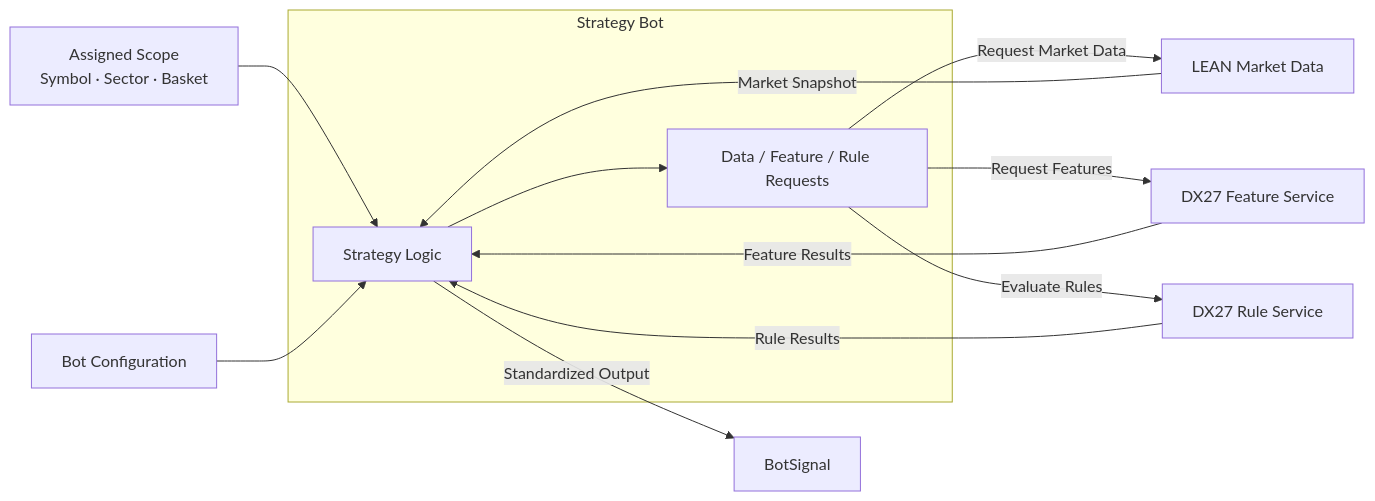
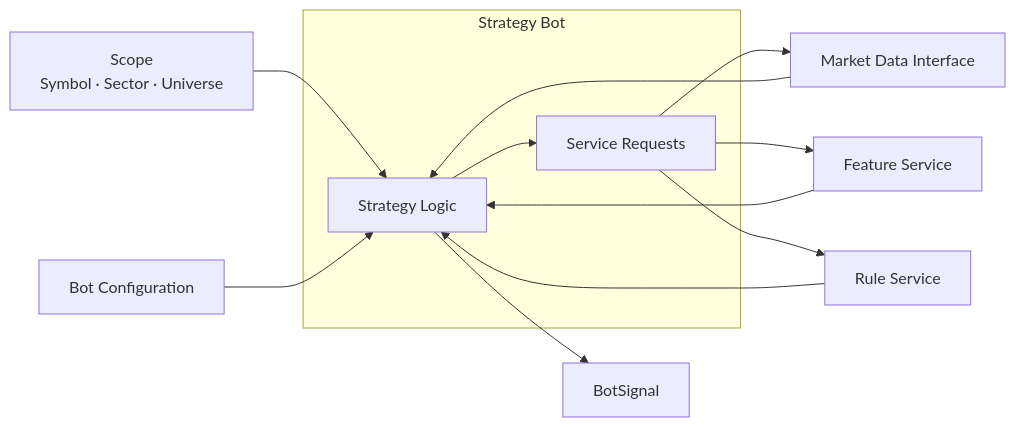
One commit to Daxoniel/DX27-Trading-Engine changed the third of 3 diagrams in docs/architecture/system-overview.md. Above: the diagram before and after it, drawn with Mermaid. The commit also changed other lines of this file and 35 other files, not shown here.

Commit message:
checkpoint before domain architecture refactor

````diff
--- a/docs/architecture/system-overview.md
+++ b/docs/architecture/system-overview.md
@@ -75,33 +81,33 @@
 ```mermaid
 flowchart LR
 
-    Scope["Assigned Scope<br/>Symbol · Sector · Basket"]
+    Scope["Scope<br/>Symbol · Sector · Universe"]
     Config["Bot Configuration"]
 
     subgraph Bot["Strategy Bot"]
         Logic["Strategy Logic"]
-        Request["Data / Feature / Rule Requests"]
+        Request["Service Requests"]
     end
 
-    Data["LEAN Market Data"]
-    Features["DX27 Feature Service"]
-    Rules["DX27 Rule Service"]
+    Features["Feature Service"]
+    Rules["Rule Service"]
+    Market["Market Data Interface"]
 
     Signal["BotSignal"]
 
     Scope --> Logic
     Config --> Logic
 
     Logic --> Request
 
-    Request -->|Request Market Data| Data
-    Data -->|Market Snapshot| Logic
+    Request --> Market
+    Market --> Logic
 
-    Request -->|Request Features| Features
-    Features -->|Feature Results| Logic
+    Request --> Features
+    Features --> Logic
 
-    Request -->|Evaluate Rules| Rules
-    Rules -->|Rule Results| Logic
+    Request --> Rules
+    Rules --> Logic
 
-    Logic -->|Standardized Output| Signal
+    Logic --> Signal
 ```
````
